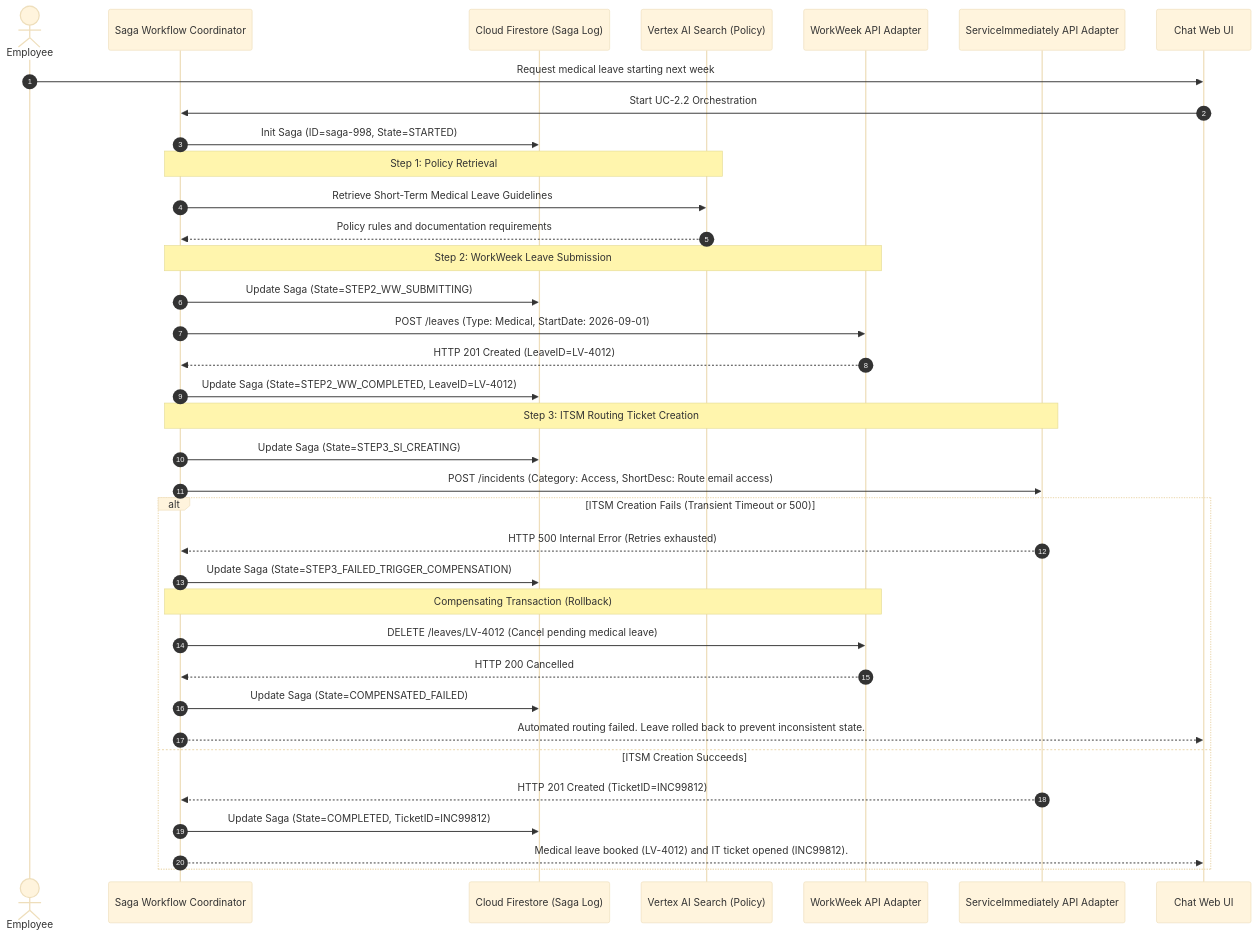
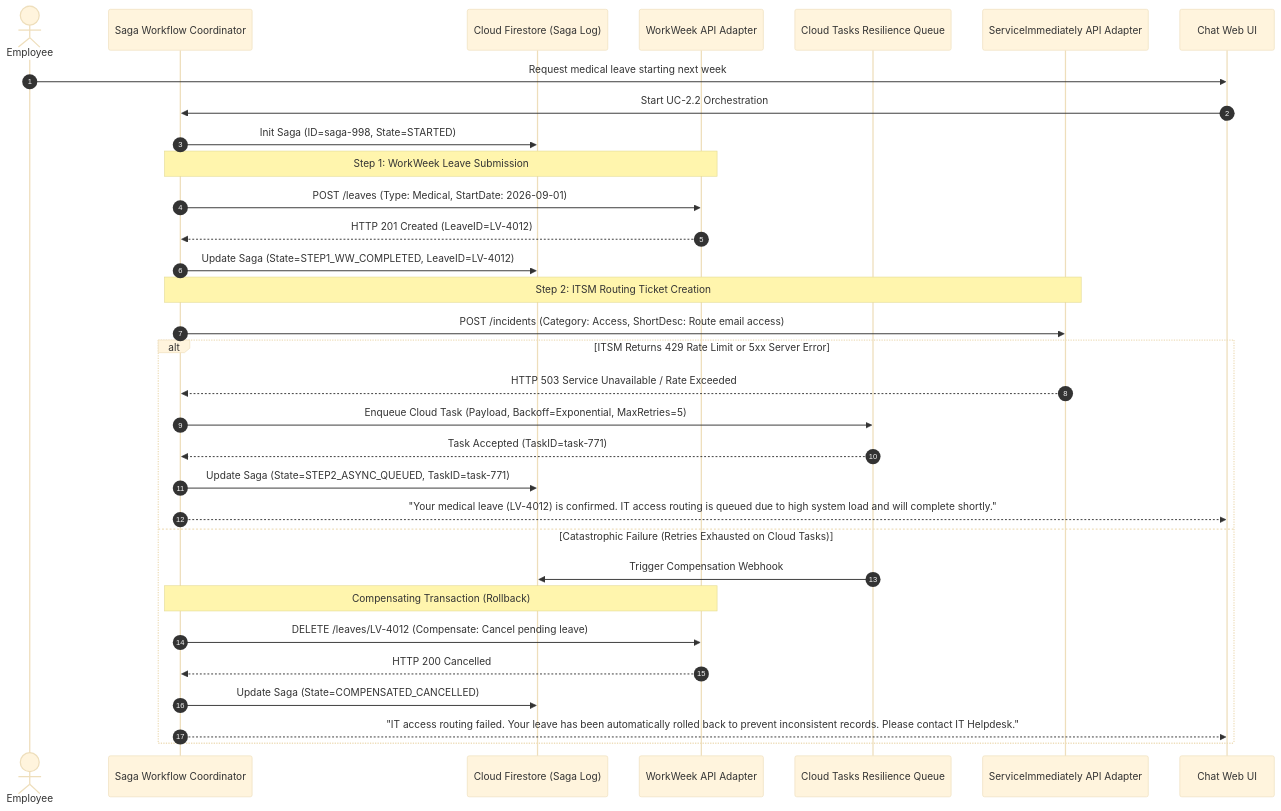
The sixth of 13 diagrams in Enterprise Agentic Solution Design Document - MVP 1.md (randyh0329/PRJ-ELEVATE-C1-G5), drawn with Mermaid (base theme) before and after one commit. The commit also changed other lines of this file, not shown here.

````diff
--- a/Enterprise Agentic Solution Design Document - MVP 1.md
+++ b/Enterprise Agentic Solution Design Document - MVP 1.md
@@ -239,45 +253,38 @@
 ```mermaid
 sequenceDiagram
     autonumber
     actor User as Employee
     participant Orch as Saga Workflow Coordinator
     participant FS as Cloud Firestore (Saga Log)
-    participant Search as Vertex AI Search (Policy)
     participant WW as WorkWeek API Adapter
+    participant Tasks as Cloud Tasks Resilience Queue
     participant SI as ServiceImmediately API Adapter
     participant UI as Chat Web UI
 
     User->>UI: Request medical leave starting next week
     UI->>Orch: Start UC-2.2 Orchestration
     Orch->>FS: Init Saga (ID=saga-998, State=STARTED)
     
-    Note over Orch, Search: Step 1: Policy Retrieval
-    Orch->>Search: Retrieve Short-Term Medical Leave Guidelines
-    Search-->>Orch: Policy rules and documentation requirements
-    
-    Note over Orch, WW: Step 2: WorkWeek Leave Submission
-    Orch->>FS: Update Saga (State=STEP2_WW_SUBMITTING)
+    Note over Orch, WW: Step 1: WorkWeek Leave Submission
     Orch->>WW: POST /leaves (Type: Medical, StartDate: 2026-09-01)
     WW-->>Orch: HTTP 201 Created (LeaveID=LV-4012)
-    Orch->>FS: Update Saga (State=STEP2_WW_COMPLETED, LeaveID=LV-4012)
+    Orch->>FS: Update Saga (State=STEP1_WW_COMPLETED, LeaveID=LV-4012)
     
-    Note over Orch, SI: Step 3: ITSM Routing Ticket Creation
-    Orch->>FS: Update Saga (State=STEP3_SI_CREATING)
+    Note over Orch, SI: Step 2: ITSM Routing Ticket Creation
     Orch->>SI: POST /incidents (Category: Access, ShortDesc: Route email access)
     
-    alt ITSM Creation Fails (Transient Timeout or 500)
-        SI-->>Orch: HTTP 500 Internal Error (Retries exhausted)
-        Orch->>FS: Update Saga (State=STEP3_FAILED_TRIGGER_COMPENSATION)
-        
+    alt ITSM Returns 429 Rate Limit or 5xx Server Error
+        SI-->>Orch: HTTP 503 Service Unavailable / Rate Exceeded
+        Orch->>Tasks: Enqueue Cloud Task (Payload, Backoff=Exponential, MaxRetries=5)
+        Tasks-->>Orch: Task Accepted (TaskID=task-771)
+        Orch->>FS: Update Saga (State=STEP2_ASYNC_QUEUED, TaskID=task-771)
+        Orch-->>UI: "Your medical leave (LV-4012) is confirmed. IT access routing is queued due to high system load and will complete shortly."
+    else Catastrophic Failure (Retries Exhausted on Cloud Tasks)
+        Tasks->>FS: Trigger Compensation Webhook
         Note over Orch, WW: Compensating Transaction (Rollback)
-        Orch->>WW: DELETE /leaves/LV-4012 (Cancel pending medical leave)
+        Orch->>WW: DELETE /leaves/LV-4012 (Compensate: Cancel pending leave)
         WW-->>Orch: HTTP 200 Cancelled
-        Orch->>FS: Update Saga (State=COMPENSATED_FAILED)
-        
-        Orch-->>UI: Automated routing failed. Leave rolled back to prevent inconsistent state.
-    else ITSM Creation Succeeds
-        SI-->>Orch: HTTP 201 Created (TicketID=INC99812)
-        Orch->>FS: Update Saga (State=COMPLETED, TicketID=INC99812)
-        Orch-->>UI: Medical leave booked (LV-4012) and IT ticket opened (INC99812).
+        Orch->>FS: Update Saga (State=COMPENSATED_CANCELLED)
+        Orch-->>UI: "IT access routing failed. Your leave has been automatically rolled back to prevent inconsistent records. Please contact IT Helpdesk."
     end
 ```
````
